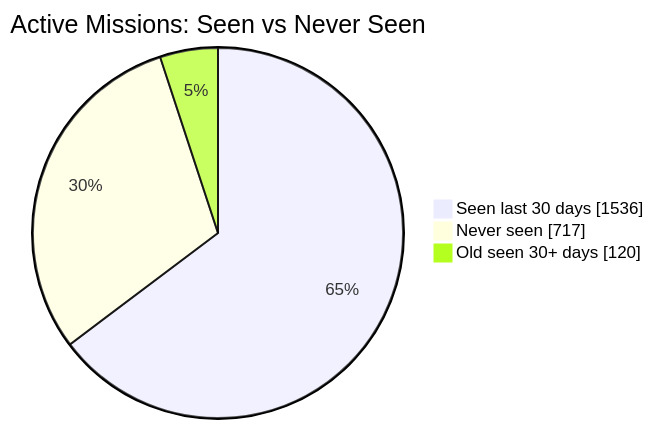
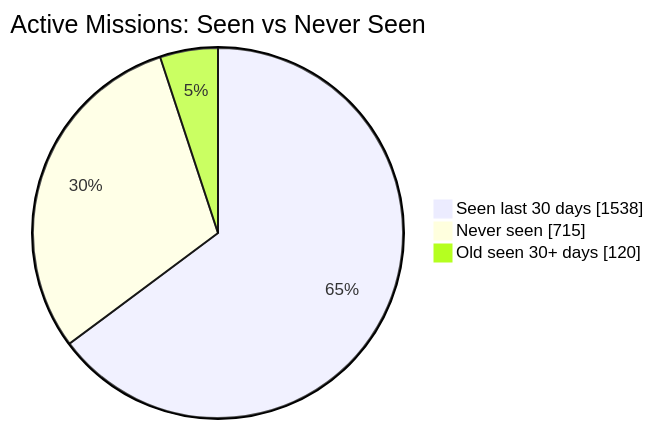
Before and after one commit to MeldkamerspelGameTeam/active-missions: the first of 2 diagrams in README.md, drawn with Mermaid. The commit also changed other lines of this file and 2 other files, not shown here.

````diff
--- a/README.md
+++ b/README.md
@@ -34,7 +34,7 @@
 ```mermaid
 pie showData
     title Active Missions: Seen vs Never Seen
-    "Seen last 30 days" : 1536
-    "Never seen" : 717
+    "Seen last 30 days" : 1538
+    "Never seen" : 715
     "Old seen 30+ days" : 120
 ```
````
